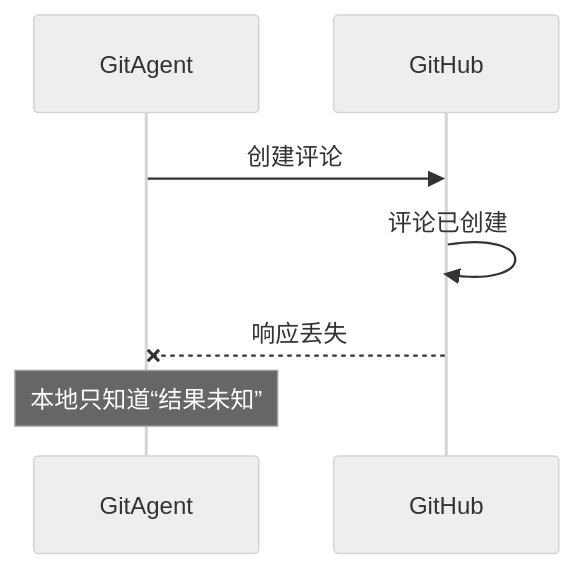
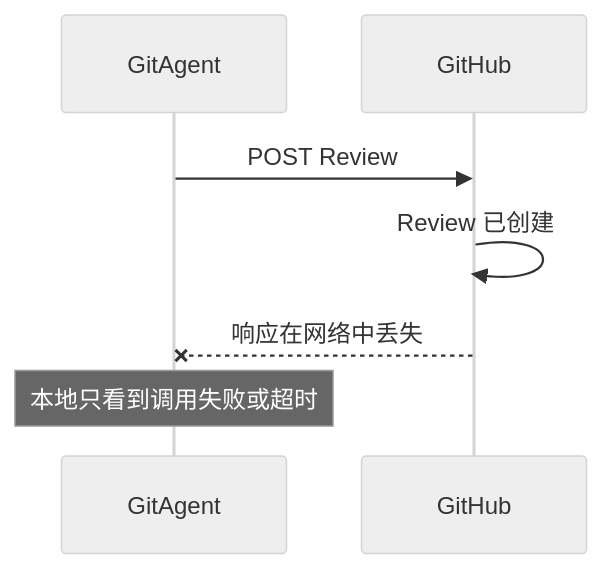
One commit to Arthur999459up/GitAgent changed diagram 15 of 19 in docs/08-approval-and-remote-mutations.md. Above: the diagram before and after it, drawn with Mermaid (neutral theme). The commit also changed other lines of this file and 3 other files, not shown here.

````diff
--- a/docs/08-approval-and-remote-mutations.md
+++ b/docs/08-approval-and-remote-mutations.md
@@ -275,9 +760,9 @@
 ```mermaid
 sequenceDiagram
-    participant G as GitAgent
-    participant H as GitHub
-    G->>H: 创建评论
-    H->>H: 评论已创建
-    H--xG: 响应丢失
-    Note over G: 本地只知道“结果未知”
+    participant A as GitAgent
+    participant G as GitHub
+    A->>G: POST Review
+    G->>G: Review 已创建
+    G--xA: 响应在网络中丢失
+    Note over A: 本地只看到调用失败或超时
 ```
````
